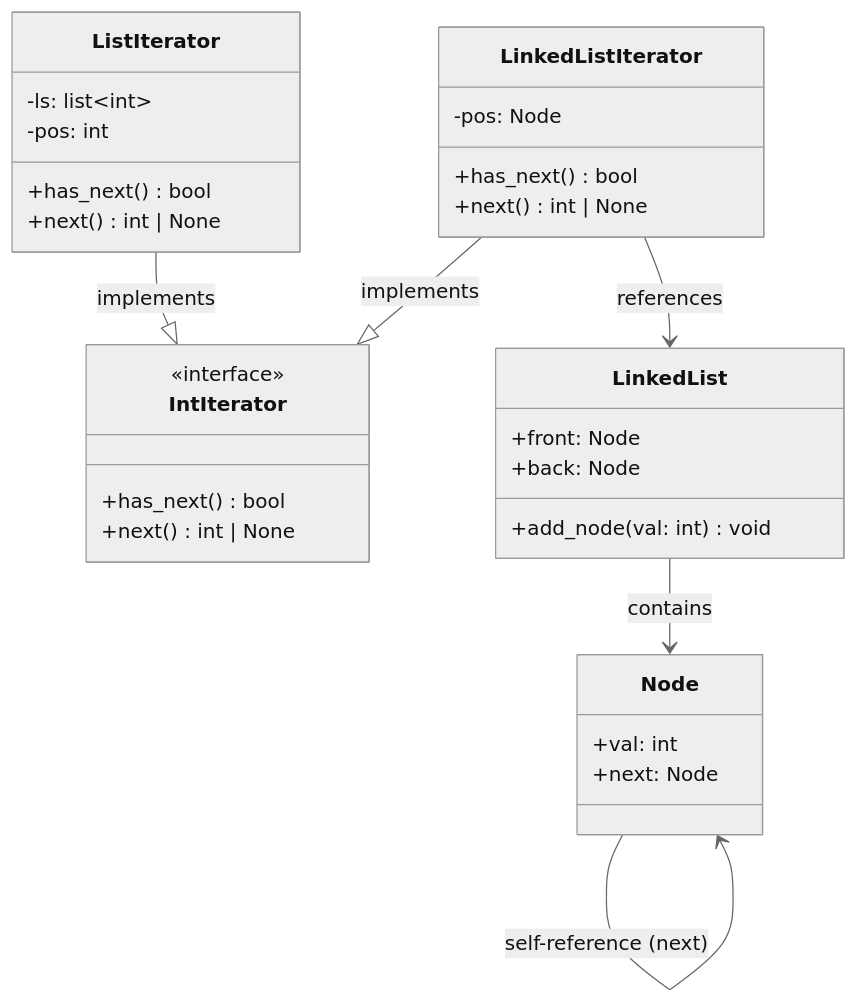
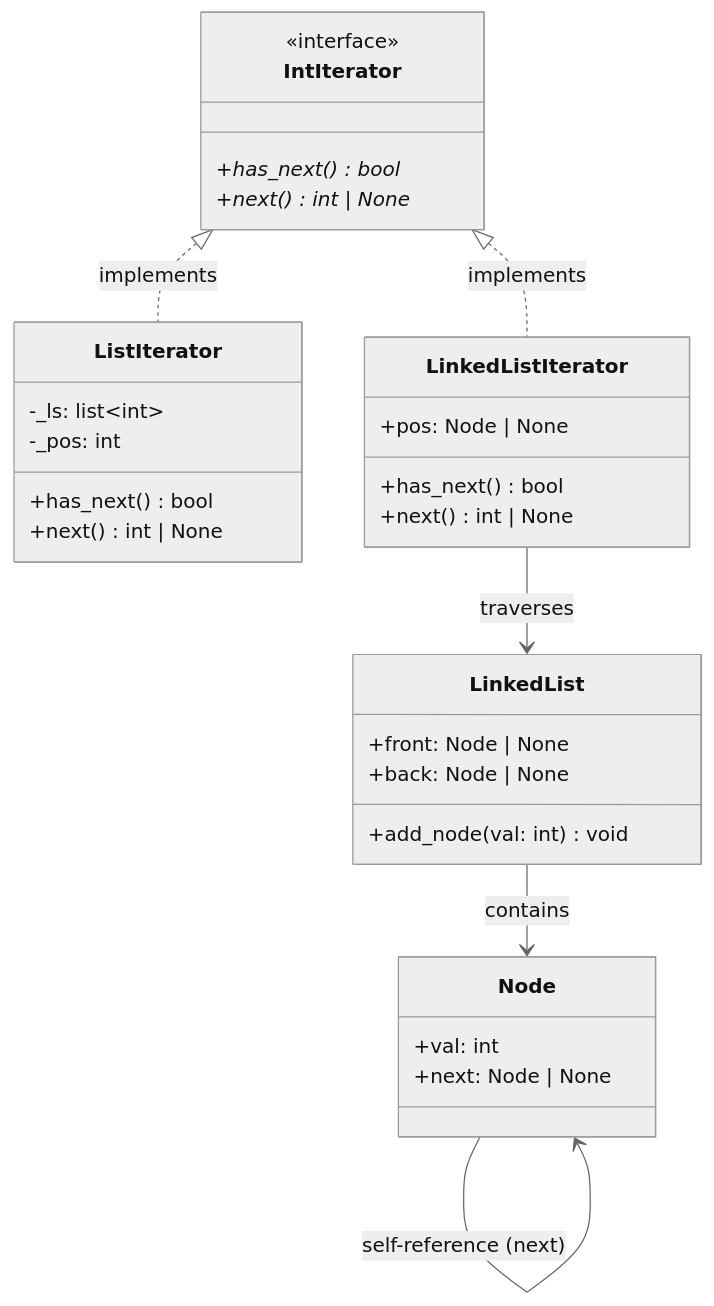
Before and after one commit to chahatsagarmain/lld: the first of 2 diagrams in iterator/README.md, drawn with Mermaid (neutral theme). The commit also changed other lines of this file and 13 other files, not shown here.

````diff
--- a/iterator/README.md
+++ b/iterator/README.md
@@ -25,34 +44,38 @@
 ```mermaid
 classDiagram
     class IntIterator {
         <<interface>>
+        +has_next()* bool
+        +next()* int | None
+    }
+
+    class ListIterator {
+        -_ls: list~int~
+        -_pos: int
         +has_next() bool
         +next() int | None
     }
-    class ListIterator {
-        -ls: list~int~
-        -pos: int
+
+    class LinkedListIterator {
+        +pos: Node | None
         +has_next() bool
         +next() int | None
     }
-    class LinkedListIterator {
-        -pos: Node
-        +has_next() bool
-        +next() int | None
-    }
+
     class LinkedList {
-        +front: Node
-        +back: Node
+        +front: Node | None
+        +back: Node | None
         +add_node(val: int) void
     }
+
     class Node {
         +val: int
-        +next: Node
+        +next: Node | None
     }
 
-    ListIterator --|> IntIterator : implements
-    LinkedListIterator --|> IntIterator : implements
-    LinkedListIterator --> LinkedList : references
+    IntIterator <|.. ListIterator : implements
+    IntIterator <|.. LinkedListIterator : implements
+    LinkedListIterator --> LinkedList : traverses
     LinkedList --> Node : contains
     Node --> Node : self-reference (next)
 ```
````
